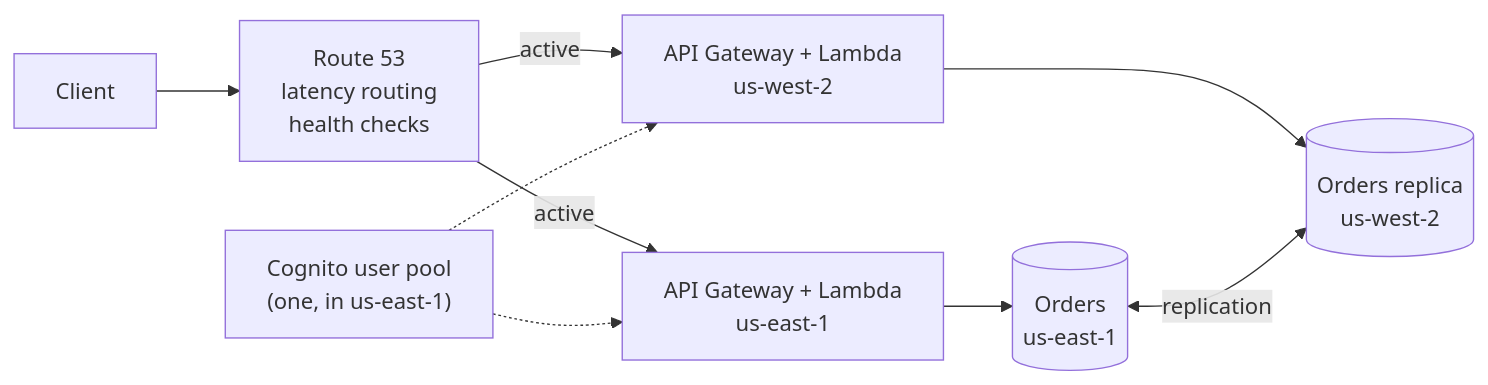
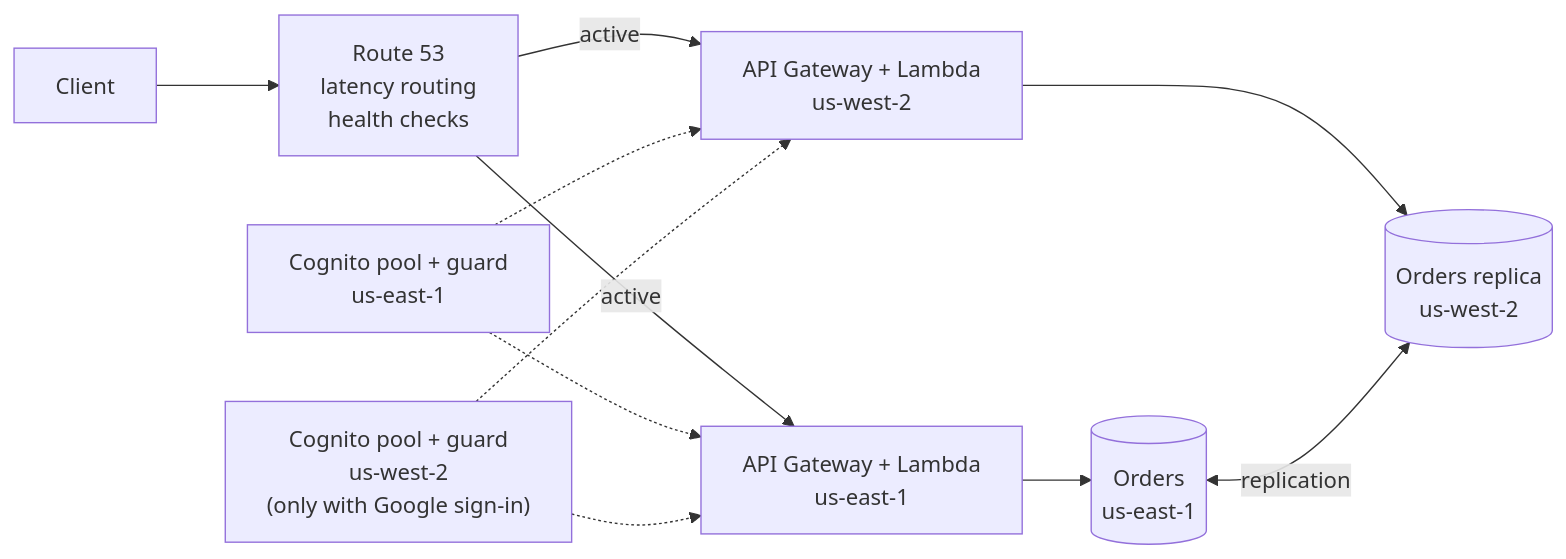
One commit to bdahiya2007/secure-serverless-api-aws changed the third of 4 diagrams in README.md. Above: the diagram before and after it, drawn with Mermaid. The commit also changed other lines of this file, not shown here.

First line of the commit message:
README: refresh diagrams and summary for the optional features

````diff
--- a/README.md
+++ b/README.md
@@ -35,11 +50,13 @@
 ```mermaid
 flowchart LR
   C["Client"] --> R53["Route 53<br/>latency routing<br/>health checks"]
   R53 -->|"active"| A1["API Gateway + Lambda<br/>us-east-1"]
   R53 -->|"active"| A2["API Gateway + Lambda<br/>us-west-2"]
   A1 --> T1[("Orders<br/>us-east-1")]
   A2 --> T2[("Orders replica<br/>us-west-2")]
   T1 <-->|"replication"| T2
-  CG["Cognito user pool<br/>(one, in us-east-1)"] -.-> A1
-  CG -.-> A2
+  CG1["Cognito pool + guard<br/>us-east-1"] -.-> A1
+  CG1 -.-> A2
+  CG2["Cognito pool + guard<br/>us-west-2<br/>(only with Google sign-in)"] -.-> A1
+  CG2 -.-> A2
 ```
````
